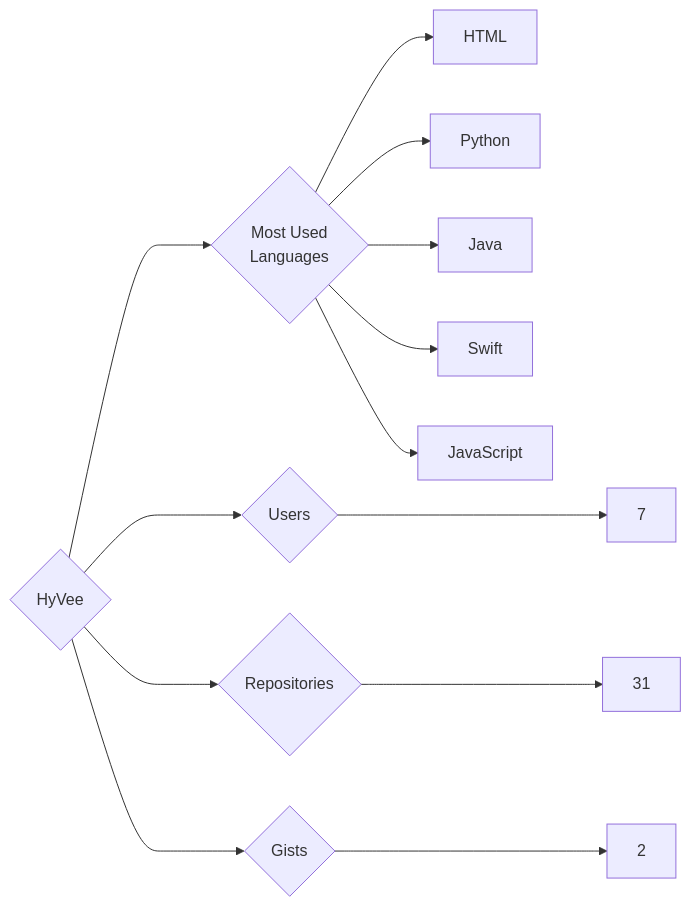
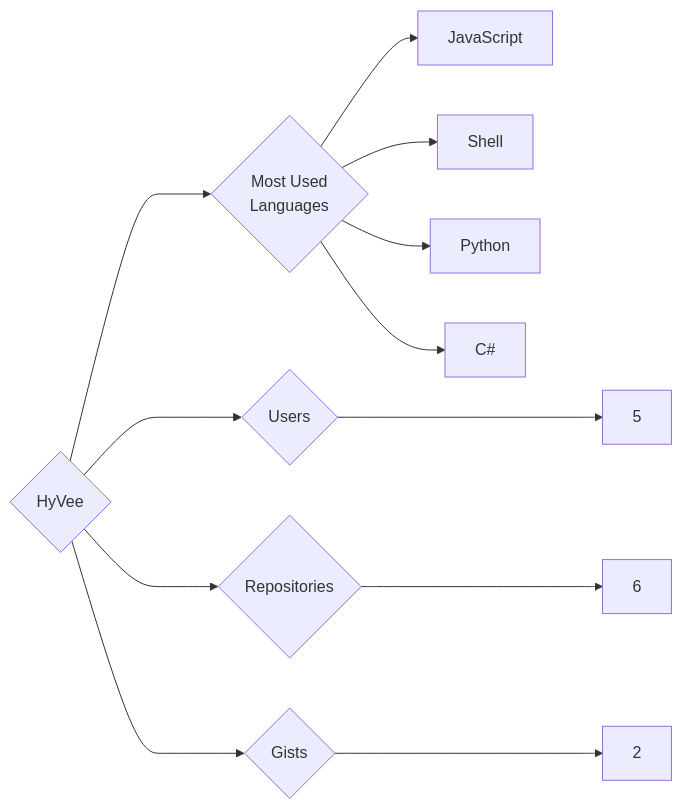
One commit to trickest/insiders changed the diagram in targets/HyVee/README.md. Above: the diagram before and after it, drawn with Mermaid. The commit also changed 1003 other files, not shown here.

````diff
--- a/targets/HyVee/README.md
+++ b/targets/HyVee/README.md
@@ -3,13 +3,12 @@
 ```mermaid
 graph LR
 COMPANY_NAME{HyVee}
-COMPANY_NAME ---> U{Users} ---> UN[7]
-COMPANY_NAME ---> R{Repositories} ---> RN[31]
+COMPANY_NAME ---> U{Users} ---> UN[5]
+COMPANY_NAME ---> R{Repositories} ---> RN[6]
 COMPANY_NAME ---> G{Gists} ---> GN[2]
 COMPANY_NAME ---> ML{Most Used<br>Languages}
-ML --> HTML[HTML]
+ML --> JavaScript[JavaScript]
+ML --> Shell[Shell]
 ML --> Python[Python]
-ML --> Java[Java]
-ML --> Swift[Swift]
-ML --> JavaScript[JavaScript]
+ML --> C#[C#]
 ```
````
